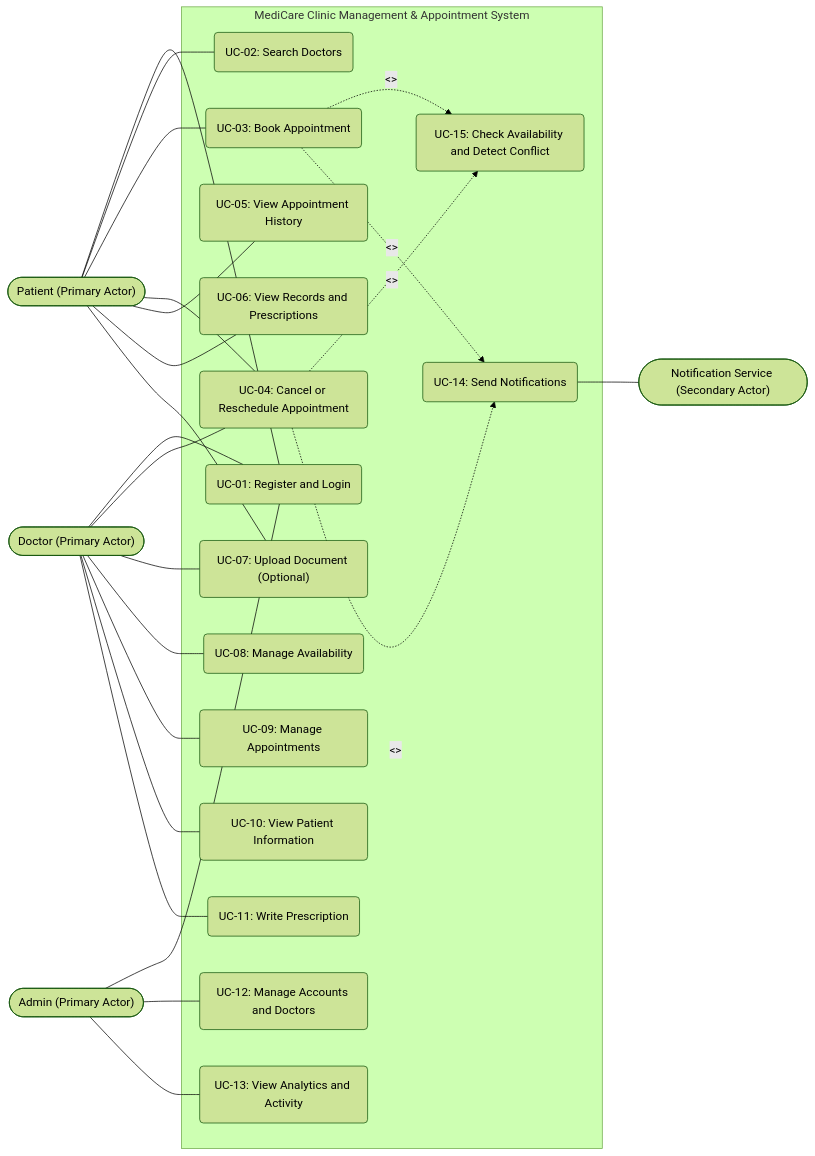
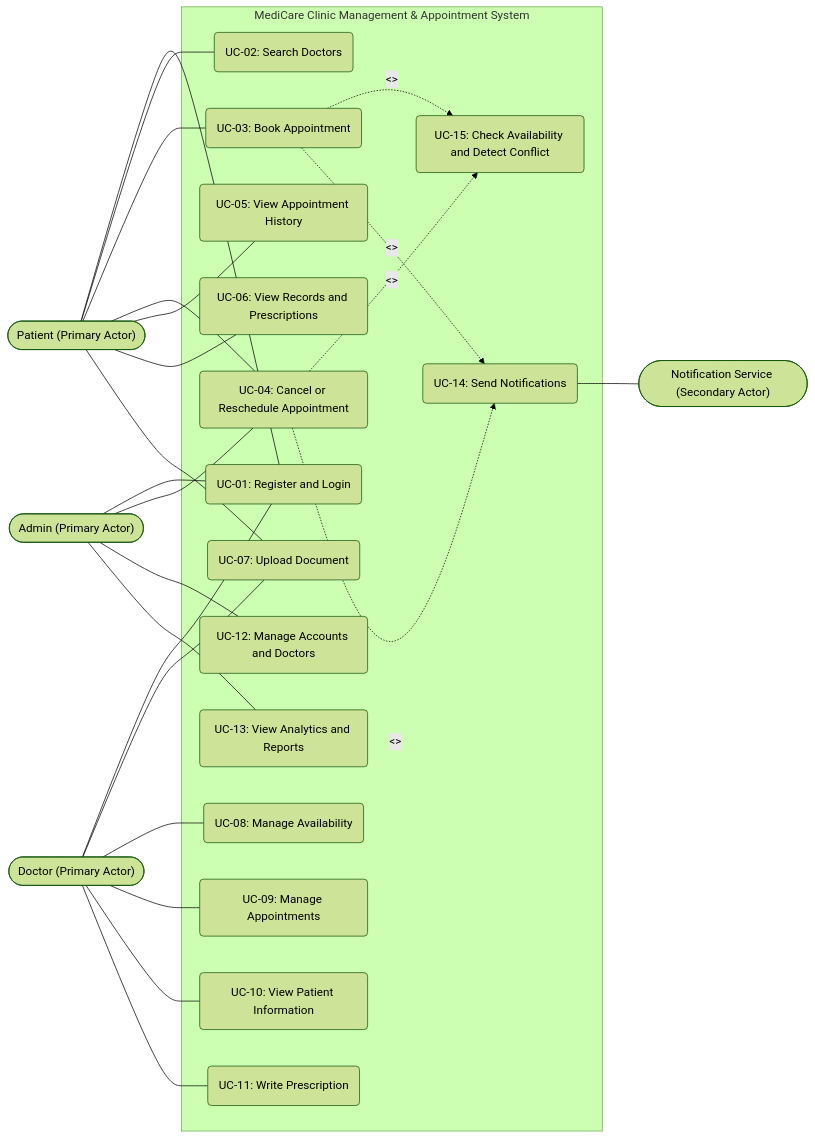
Before and after one commit to 3mrNasser/Medi-Care-Clinic-Management-Project-R5: the diagram in mdFiles/4.1 Problem Statement and Software Architecture.md, drawn with Mermaid (forest theme). The commit also changed other lines of this file and 18 other files, not shown here.

````diff
--- a/mdFiles/4.1 Problem Statement and Software Architecture.md
+++ b/mdFiles/4.1 Problem Statement and Software Architecture.md
@@ -42,51 +44,51 @@
 ```mermaid
 flowchart LR
     Patient(["Patient (Primary Actor)"])
     Doctor(["Doctor (Primary Actor)"])
     Admin(["Admin (Primary Actor)"])
     NotifService(["Notification Service (Secondary Actor)"])
 
     subgraph MediCare_System ["MediCare Clinic Management & Appointment System"]
         UC01("UC-01: Register and Login")
         UC02("UC-02: Search Doctors")
         UC03("UC-03: Book Appointment")
         UC04("UC-04: Cancel or Reschedule Appointment")
         UC05("UC-05: View Appointment History")
         UC06("UC-06: View Records and Prescriptions")
-        UC07("UC-07: Upload Document (Optional)")
+        UC07("UC-07: Upload Document")
         UC08("UC-08: Manage Availability")
         UC09("UC-09: Manage Appointments")
         UC10("UC-10: View Patient Information")
         UC11("UC-11: Write Prescription")
         UC12("UC-12: Manage Accounts and Doctors")
-        UC13("UC-13: View Analytics and Activity")
+        UC13("UC-13: View Analytics and Reports")
         UC14("UC-14: Send Notifications")
         UC15("UC-15: Check Availability and Detect Conflict")
     end
 
     Patient --- UC01
     Patient --- UC02
     Patient --- UC03
     Patient --- UC04
     Patient --- UC05
     Patient --- UC06
     Patient --- UC07
 
     Doctor --- UC01
-    Doctor --- UC04
     Doctor --- UC07
     Doctor --- UC08
     Doctor --- UC09
     Doctor --- UC10
     Doctor --- UC11
 
     Admin --- UC01
+    Admin --- UC04
     Admin --- UC12
     Admin --- UC13
 
     UC03 -.->|"<<include>>"| UC15
     UC04 -.->|"<<include>>"| UC15
     UC03 -.->|"<<include>>"| UC14
     UC04 -.->|"<<include>>"| UC14
     UC14 --- NotifService
 ```
````
